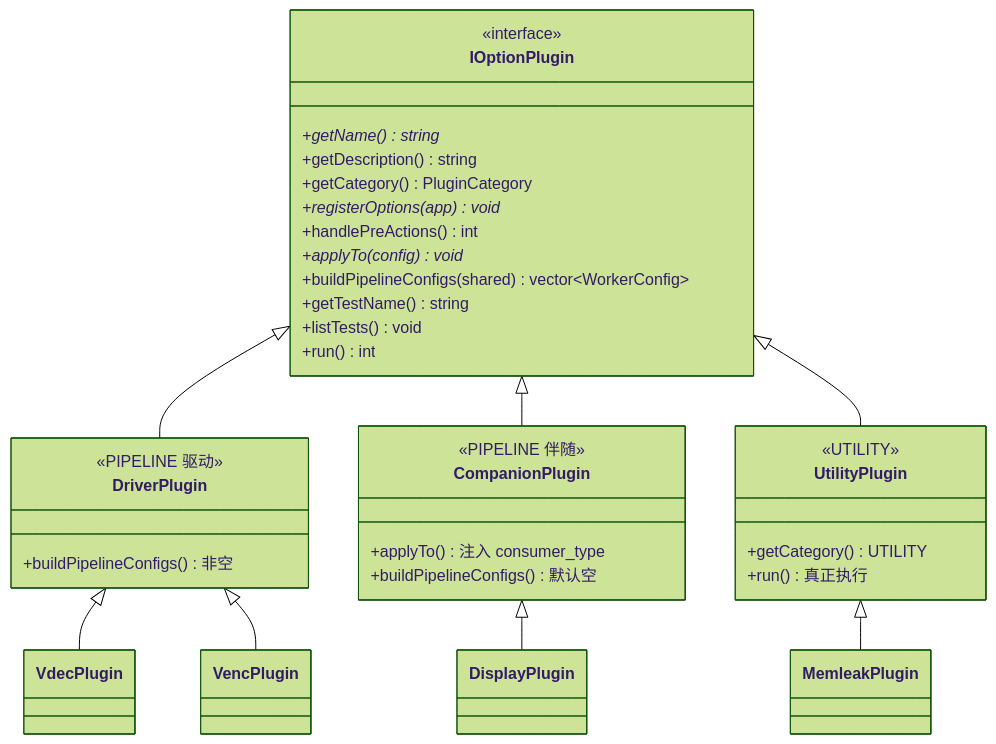
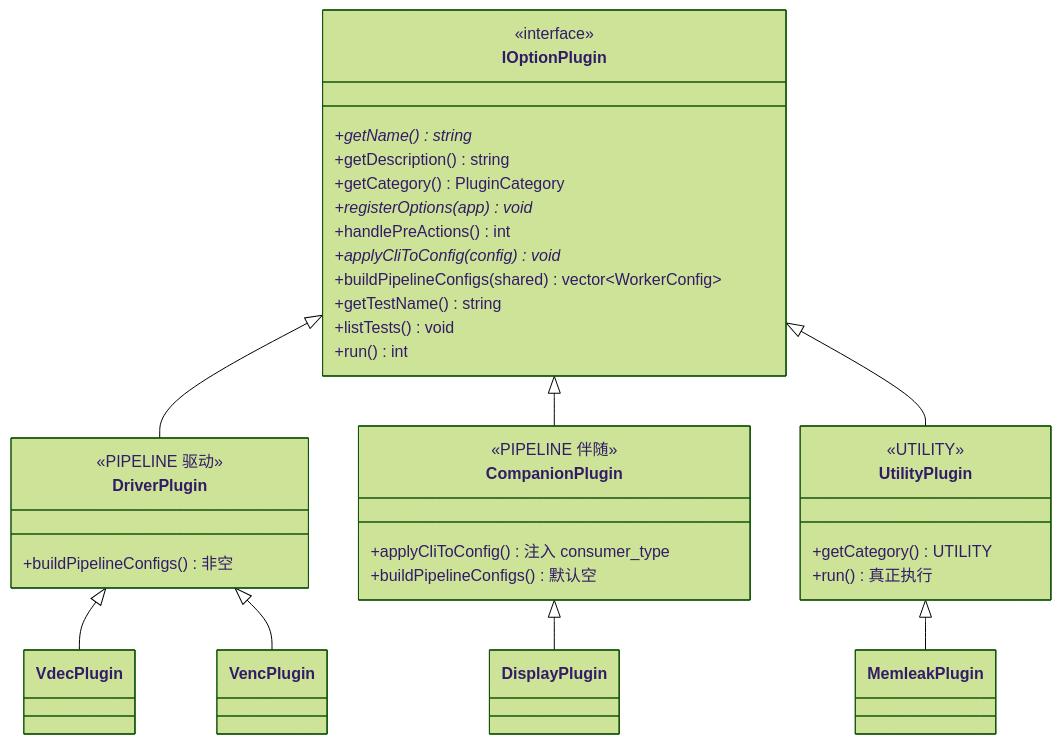
Before and after one commit to luoxiafeng-1990/components: the diagram in doc/wiki/Plugin-Framework.md, drawn with Mermaid (forest theme). The commit also changed other lines of this file and 40 other files, not shown here.

First line of the commit message:
refactor(plugins): rename applyTo → applyCliToConfig

````diff
--- a/doc/wiki/Plugin-Framework.md
+++ b/doc/wiki/Plugin-Framework.md
@@ -11,39 +11,39 @@
 ```mermaid
 classDiagram
   class IOptionPlugin {
     <<interface>>
     +getName()* string
     +getDescription() string
     +getCategory() PluginCategory
     +registerOptions(app)* void
     +handlePreActions() int
-    +applyTo(config)* void
+    +applyCliToConfig(config)* void
     +buildPipelineConfigs(shared) vector~WorkerConfig~
     +getTestName() string
     +listTests() void
     +run() int
   }
 
   class DriverPlugin {
     <<PIPELINE 驱动>>
     +buildPipelineConfigs() 非空
   }
   class CompanionPlugin {
     <<PIPELINE 伴随>>
-    +applyTo() 注入 consumer_type
+    +applyCliToConfig() 注入 consumer_type
     +buildPipelineConfigs() 默认空
   }
   class UtilityPlugin {
     <<UTILITY>>
     +getCategory() UTILITY
     +run() 真正执行
   }
 
   IOptionPlugin <|-- DriverPlugin
   IOptionPlugin <|-- CompanionPlugin
   IOptionPlugin <|-- UtilityPlugin
   DriverPlugin <|-- VdecPlugin
   DriverPlugin <|-- VencPlugin
   CompanionPlugin <|-- DisplayPlugin
   UtilityPlugin <|-- MemleakPlugin
 ```
````
